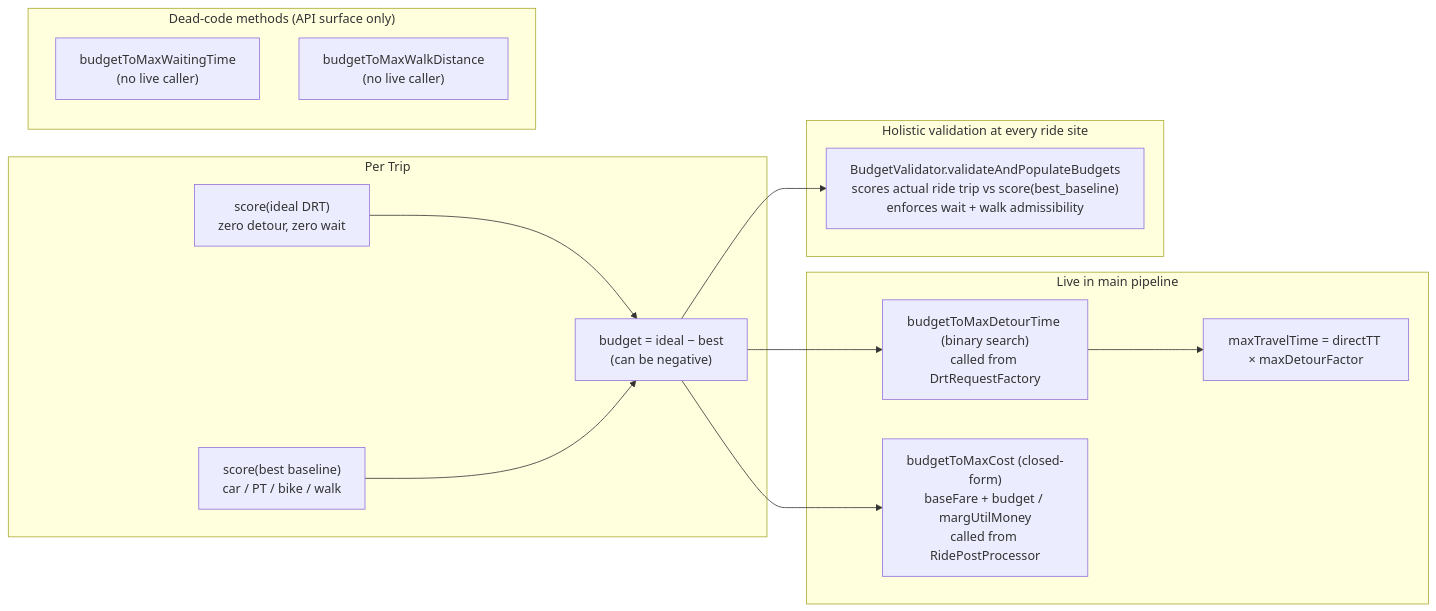
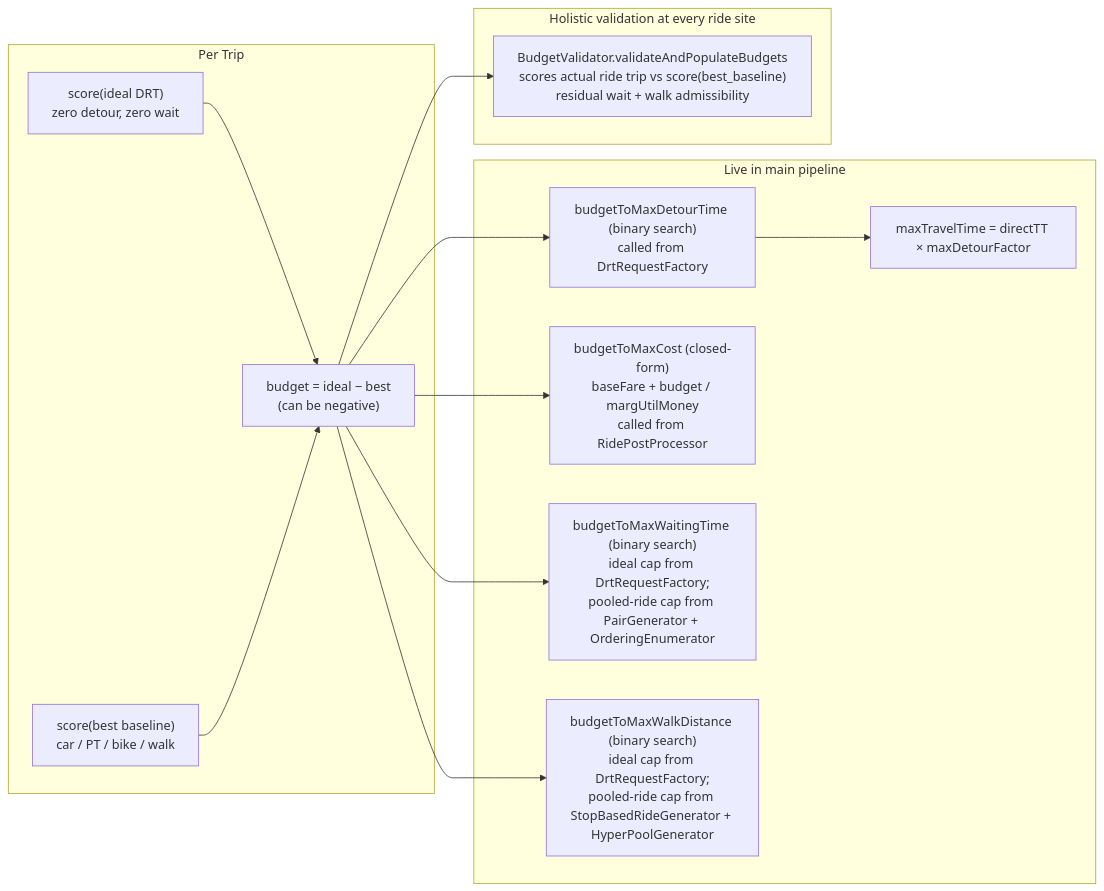
Before and after one commit to Chrigarr9/matsim-libs: the second of 23 diagrams in contribs/drt-demand-extraction/docs/drt-demand-extraction-architecture.md, drawn with Mermaid. The commit also changed other lines of this file, not shown here.

Commit message:
docs: architecture — walk + wait caps are now live in the pipeline (W1)
Updates §2 "Budget and Constraint Derivation":
- Moves budgetToMaxWalkDistance + budgetToMaxWaitingTime from "Dead-code
  methods" to the "Live in main pipeline" subgraph.
- Names the live call sites: DrtRequestFactory for ideal caps,
  PairGenerator + OrderingEnumerator + StopBasedRideGenerator +
  HyperPoolGenerator for the pooled-ride caps.
- Adds three paragraphs covering: Stage 1 asymmetric two-phase stop
  search, Stage 2 walk-cap inheritance, BAMAS maxWaitTime pre-filter
  (additive to maxDetourTime envelope, not replacement).

````diff
--- a/contribs/drt-demand-extraction/docs/drt-demand-extraction-architecture.md
+++ b/contribs/drt-demand-extraction/docs/drt-demand-extraction-architecture.md
@@ -73,30 +73,29 @@
 ```mermaid
 flowchart LR
     subgraph "Per Trip"
         IDEAL["score(ideal DRT)<br/>zero detour, zero wait"]
         BEST["score(best baseline)<br/>car / PT / bike / walk"]
         BUD["budget = ideal − best<br/>(can be negative)"]
     end
 
     subgraph "Live in main pipeline"
         MDF["budgetToMaxDetourTime (binary search)<br/>called from DrtRequestFactory"]
         MTT["maxTravelTime = directTT × maxDetourFactor"]
         MC["budgetToMaxCost (closed-form)<br/>baseFare + budget / margUtilMoney<br/>called from RidePostProcessor"]
-    end
-
-    subgraph "Dead-code methods (API surface only)"
-        MWT["budgetToMaxWaitingTime<br/>(no live caller)"]
-        MWD["budgetToMaxWalkDistance<br/>(no live caller)"]
+        MWT["budgetToMaxWaitingTime (binary search)<br/>ideal cap from DrtRequestFactory;<br/>pooled-ride cap from PairGenerator + OrderingEnumerator"]
+        MWD["budgetToMaxWalkDistance (binary search)<br/>ideal cap from DrtRequestFactory;<br/>pooled-ride cap from StopBasedRideGenerator + HyperPoolGenerator"]
     end
 
     subgraph "Holistic validation at every ride site"
-        HOL["BudgetValidator.validateAndPopulateBudgets<br/>scores actual ride trip vs score(best_baseline)<br/>enforces wait + walk admissibility"]
+        HOL["BudgetValidator.validateAndPopulateBudgets<br/>scores actual ride trip vs score(best_baseline)<br/>residual wait + walk admissibility"]
     end
 
     IDEAL --> BUD
     BEST --> BUD
     BUD --> MDF
     BUD --> MC
+    BUD --> MWT
+    BUD --> MWD
     MDF --> MTT
     BUD --> HOL
 ```
````
